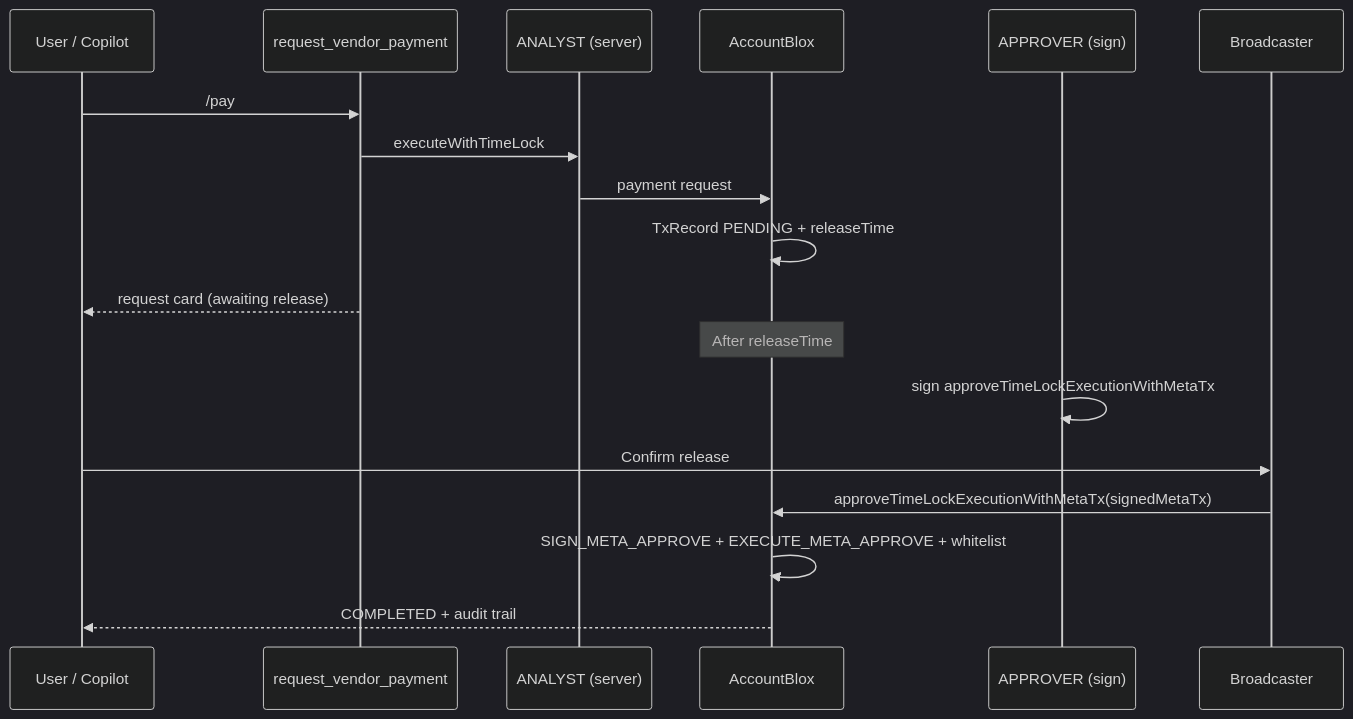
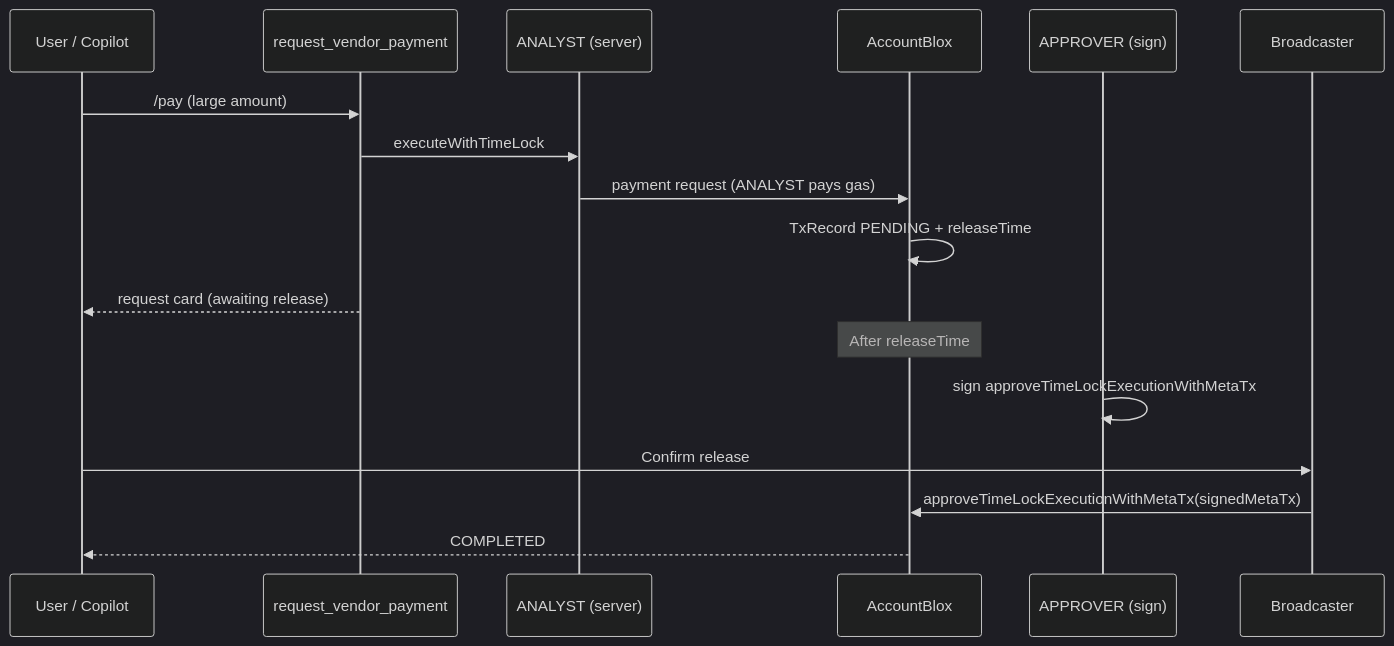
One commit to PracticalParticle/AgentBlox changed the fourth of 4 diagrams in docs/on-chain-execution-flow.md. Above: the diagram before and after it, drawn with Mermaid (dark theme). The commit also changed other lines of this file and 35 other files, not shown here.

````diff
--- a/docs/on-chain-execution-flow.md
+++ b/docs/on-chain-execution-flow.md
@@ -103,21 +132,20 @@
 ```mermaid
 sequenceDiagram
     participant User as User / Copilot
     participant Tool as request_vendor_payment
     participant Analyst as ANALYST (server)
     participant AB as AccountBlox
     participant Approver as APPROVER (sign)
     participant BC as Broadcaster
 
-    User->>Tool: /pay
+    User->>Tool: /pay (large amount)
     Tool->>Analyst: executeWithTimeLock
-    Analyst->>AB: payment request
+    Analyst->>AB: payment request (ANALYST pays gas)
     AB->>AB: TxRecord PENDING + releaseTime
     Tool-->>User: request card (awaiting release)
     Note over AB: After releaseTime
     Approver->>Approver: sign approveTimeLockExecutionWithMetaTx
     User->>BC: Confirm release
     BC->>AB: approveTimeLockExecutionWithMetaTx(signedMetaTx)
-    AB->>AB: SIGN_META_APPROVE + EXECUTE_META_APPROVE + whitelist
-    AB-->>User: COMPLETED + audit trail
+    AB-->>User: COMPLETED
 ```
````
